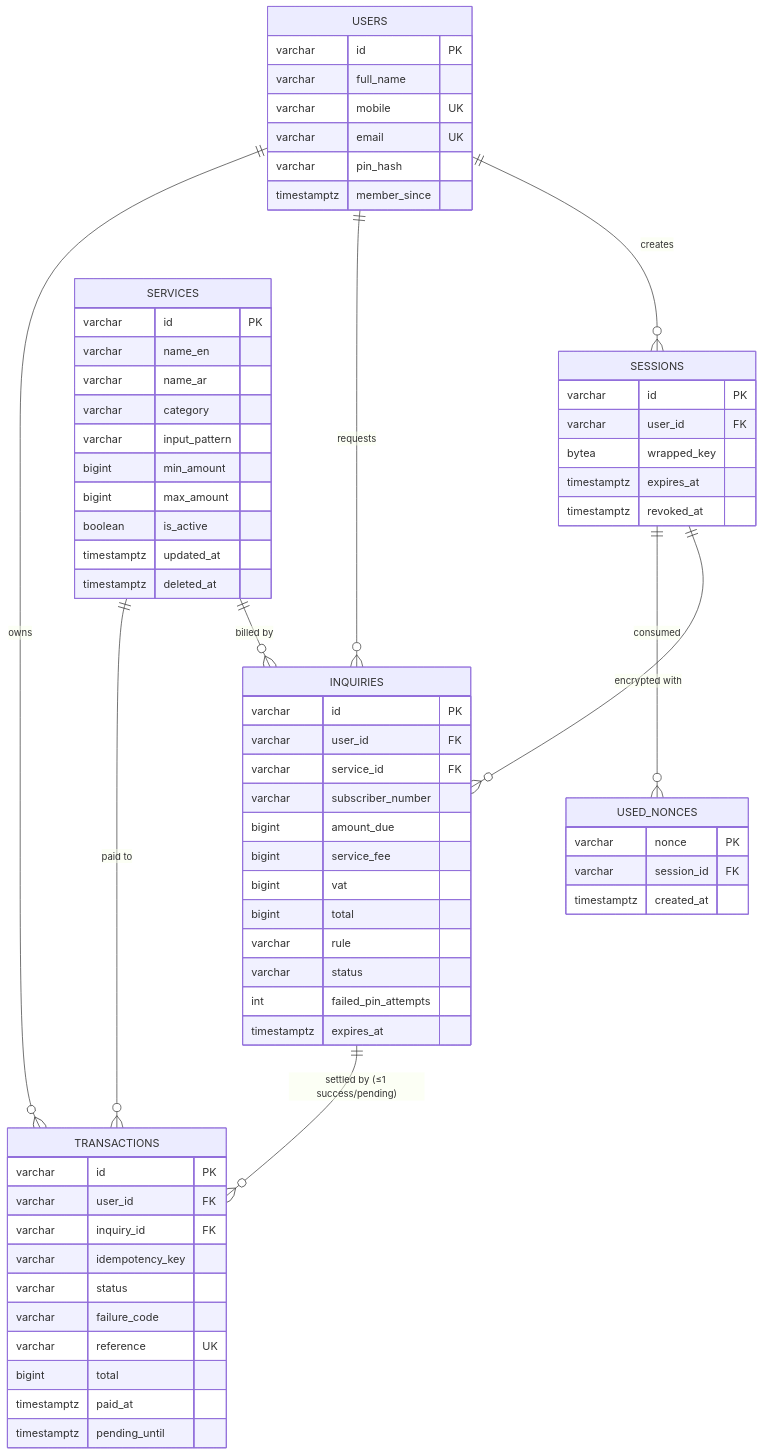
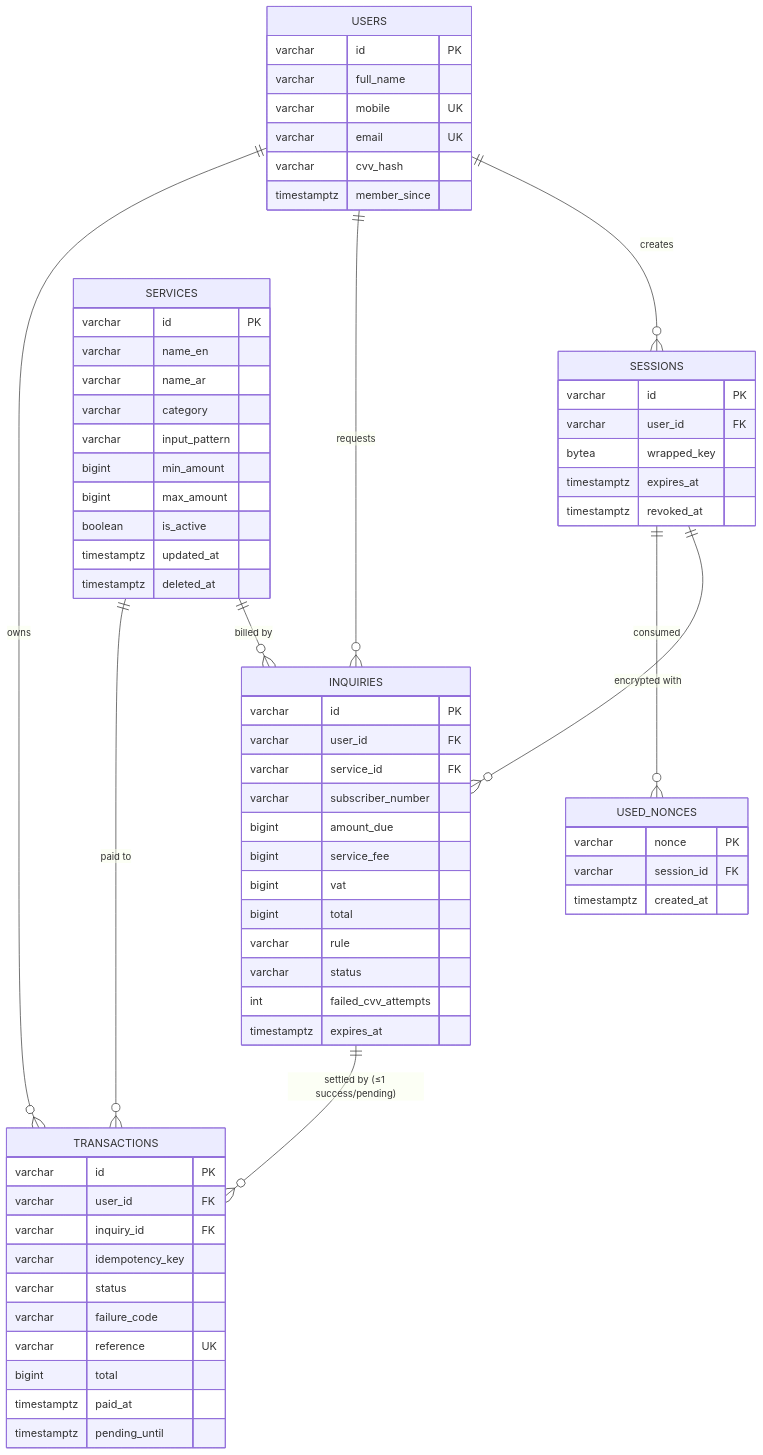
Diagram 11 of 11 in docs/HLD.md (M-o-m-e-n/Momkn-pay-backend), drawn with Mermaid before and after one commit. The commit also changed other lines of this file and 10 other files, not shown here.

````diff
--- a/docs/HLD.md
+++ b/docs/HLD.md
@@ -402,70 +402,70 @@
 ```mermaid
 erDiagram
     USERS ||--o{ SESSIONS : "creates"
     USERS ||--o{ INQUIRIES : "requests"
     USERS ||--o{ TRANSACTIONS : "owns"
     SERVICES ||--o{ INQUIRIES : "billed by"
     SERVICES ||--o{ TRANSACTIONS : "paid to"
     SESSIONS ||--o{ INQUIRIES : "encrypted with"
     SESSIONS ||--o{ USED_NONCES : "consumed"
     INQUIRIES ||--o{ TRANSACTIONS : "settled by (≤1 success/pending)"
 
     USERS {
         varchar id PK
         varchar full_name
         varchar mobile UK
         varchar email UK
-        varchar pin_hash
+        varchar cvv_hash
         timestamptz member_since
     }
     SERVICES {
         varchar id PK
         varchar name_en
         varchar name_ar
         varchar category
         varchar input_pattern
         bigint min_amount
         bigint max_amount
         boolean is_active
         timestamptz updated_at
         timestamptz deleted_at
     }
     SESSIONS {
         varchar id PK
         varchar user_id FK
         bytea wrapped_key
         timestamptz expires_at
         timestamptz revoked_at
     }
     USED_NONCES {
         varchar nonce PK
         varchar session_id FK
         timestamptz created_at
     }
     INQUIRIES {
         varchar id PK
         varchar user_id FK
         varchar service_id FK
         varchar subscriber_number
         bigint amount_due
         bigint service_fee
         bigint vat
         bigint total
         varchar rule
         varchar status
-        int failed_pin_attempts
+        int failed_cvv_attempts
         timestamptz expires_at
     }
     TRANSACTIONS {
         varchar id PK
         varchar user_id FK
         varchar inquiry_id FK
         varchar idempotency_key
         varchar status
         varchar failure_code
         varchar reference UK
         bigint total
         timestamptz paid_at
         timestamptz pending_until
     }
 ```
````
